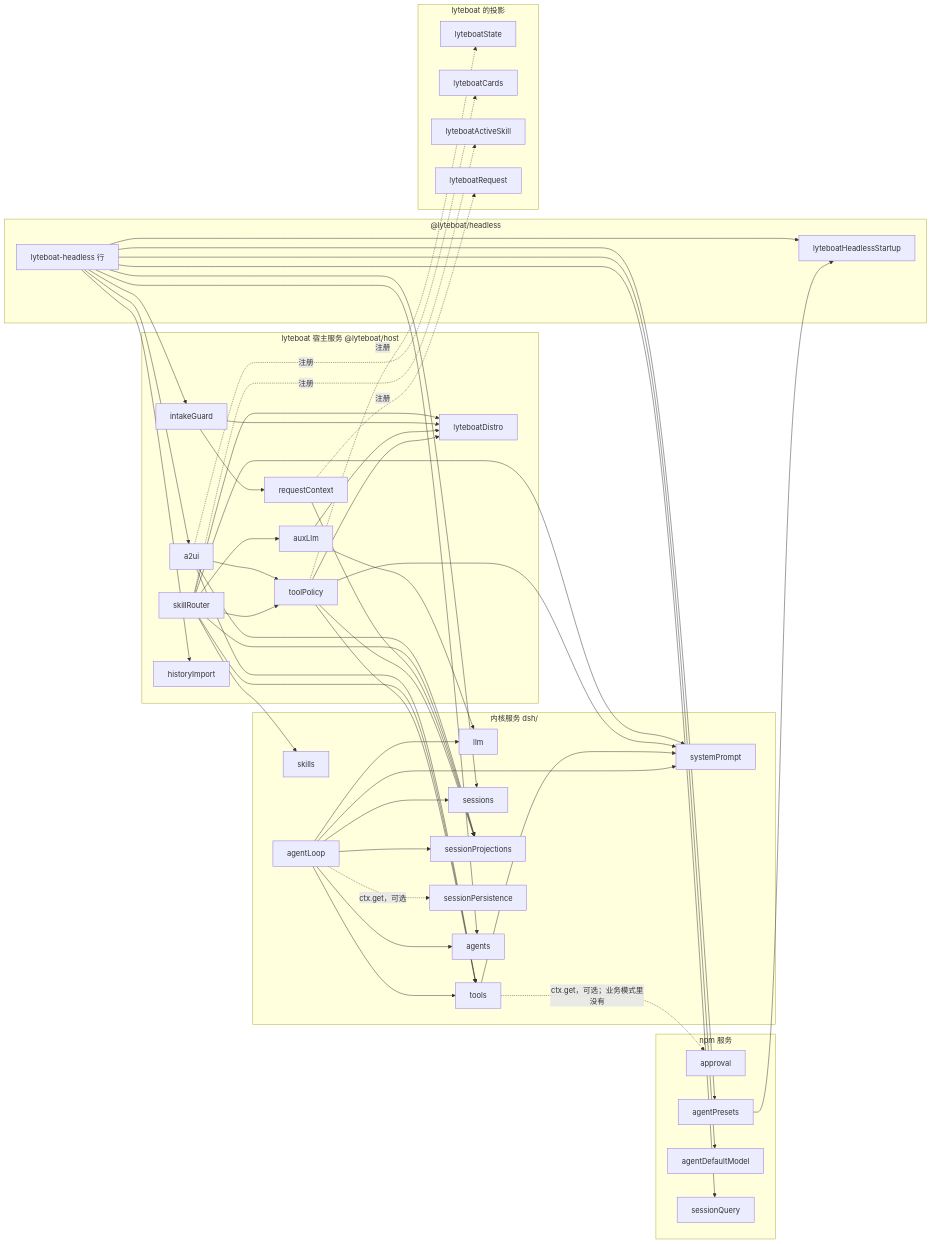
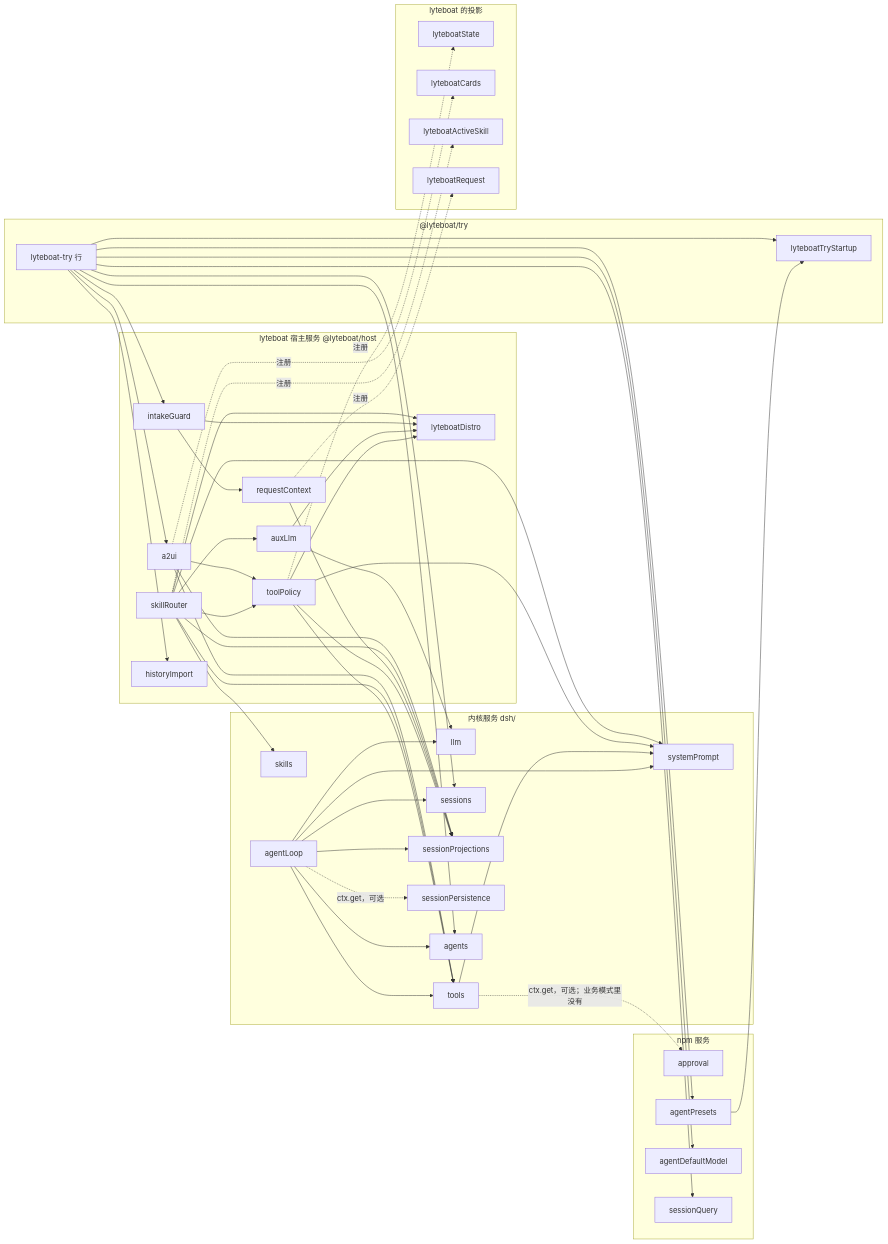
One commit to lyteboat/boat changed the third of 11 diagrams in docs/01-architecture.md. Above: the diagram before and after it, drawn with Mermaid. The commit also changed other lines of this file and 9 other files, not shown here.

````diff
--- a/docs/01-architecture.md
+++ b/docs/01-architecture.md
@@ -164,56 +166,56 @@
 ```mermaid
 flowchart LR
   subgraph KS["内核服务 dsh/"]
     llm["llm"]
     tools["tools"]
     skills["skills"]
     sessions["sessions"]
     sp["systemPrompt"]
     proj["sessionProjections"]
     persist["sessionPersistence"]
     agentsS["agents"]
     loop["agentLoop"]
   end
   subgraph NS["npm 服务"]
     approval["approval"]
     presets["agentPresets"]
     dm["agentDefaultModel"]
     sq["sessionQuery"]
   end
   subgraph BS["lyteboat 宿主服务 @lyteboat/host"]
     distro["lyteboatDistro"]
     tp["toolPolicy"]
     aux["auxLlm"]
     rc["requestContext"]
     ig["intakeGuard"]
     sr["skillRouter"]
     a2ui["a2ui"]
     hi["historyImport"]
   end
-  subgraph RS["@lyteboat/headless"]
-    startup["lyteboatHeadlessStartup"]
-    runner["lyteboat-headless 行"]
+  subgraph RS["@lyteboat/try"]
+    startup["lyteboatTryStartup"]
+    runner["lyteboat-try 行"]
   end
   subgraph PS["lyteboat 的投影"]
     pState["lyteboatState"]
     pCards["lyteboatCards"]
     pSkill["lyteboatActiveSkill"]
     pReq["lyteboatRequest"]
   end
   loop --> agentsS & sessions & llm & tools & sp & proj
   tools --> sp
   tp --> tools & proj & sp & distro
   aux --> llm & distro
   rc --> proj
   ig --> rc & distro
   sr --> skills & aux & proj & sp & tools & tp & distro
   a2ui --> tools & tp & proj
   presets --> startup
   runner --> dm & agentsS & presets & sessions & sq & hi & a2ui & ig & startup
   tp -.->|"注册"| pState
   a2ui -.->|"注册"| pCards
   sr -.->|"注册"| pSkill
   rc -.->|"注册"| pReq
   tools -.->|"ctx.get，可选；业务模式里没有"| approval
   loop -.->|"ctx.get，可选"| persist
 ```
````
